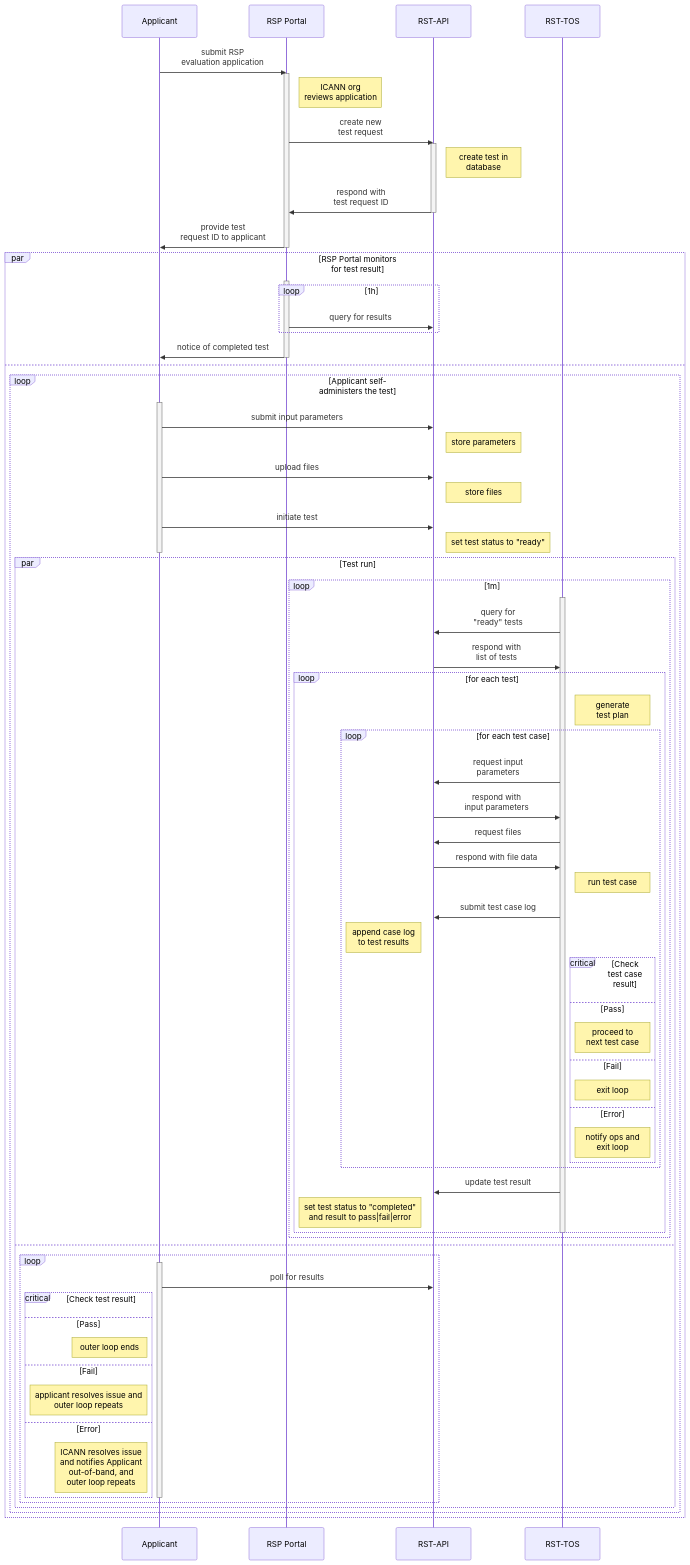
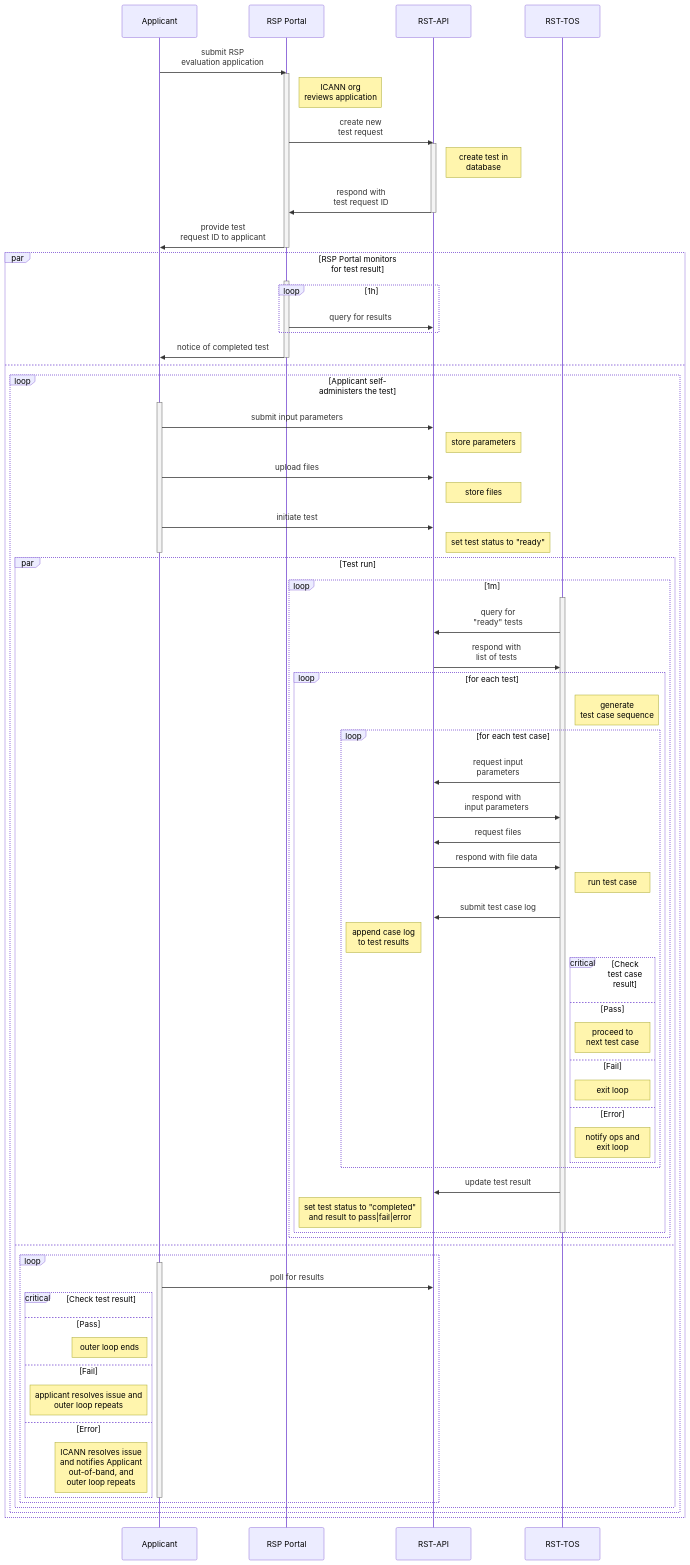
Before and after one commit to icann/rst-api-spec: the diagram in etc/workflow.mmd, drawn with Mermaid. The commit also changed 1 other file, not shown here.

```diff
--- a/etc/workflow.mmd
+++ b/etc/workflow.mmd
@@ -1,84 +1,84 @@
 sequenceDiagram
     Applicant->>RSP Portal: submit RSP<br>evaluation application
 
     Activate RSP Portal
 
     Note right of RSP Portal: ICANN org<br>reviews application
 
     RSP Portal->>RST-API: create new<br>test request
 
     Activate RST-API
     Note right of RST-API: create test in<br>database
     RST-API->>RSP Portal: respond with<br>test request ID
     Deactivate RST-API
 
     RSP Portal->>Applicant: provide test<br>request ID to applicant
 
     Deactivate RSP Portal
 
     par RSP Portal monitors<br>for test result
         Activate RSP Portal
 
         loop 1h
             RSP Portal->>RST-API: query for results
         end
 
         RSP Portal->>Applicant: notice of completed test
 
         Deactivate RSP Portal
     and
         loop Applicant self-<br>administers the test
             Activate Applicant
             Applicant->>RST-API: submit input parameters
             Note right of RST-API: store parameters
             Applicant->>RST-API: upload files
             Note right of RST-API: store files
             Applicant->>RST-API: initiate test
             Note right of RST-API: set test status to "ready"
             Deactivate Applicant
             par Test run
                 loop 1m
                     Activate RST-TOS
                     RST-TOS->>RST-API: query for<br>"ready" tests
                     RST-API->>RST-TOS: respond with<br>list of tests
                     loop for each test
-                        Note right of RST-TOS: generate<br>test plan
+                        Note right of RST-TOS: generate<br>test case sequence
                         loop for each test case
                             RST-TOS->>RST-API: request input<br>parameters
                             RST-API->>RST-TOS: respond with<br>input parameters
                             RST-TOS->>RST-API: request files
                             RST-API->>RST-TOS: respond with file data
                             Note right of RST-TOS: run test case
                             RST-TOS->>RST-API: submit test case log
                             Note left of RST-API: append case log<br>to test results
                             critical Check test case result
                             option Pass
                                 note right of RST-TOS: proceed to<br>next test case
                             option Fail
                                 note right of RST-TOS: exit loop
                             option Error
                                 note right of RST-TOS: notify ops and <br>exit loop
                             end
                         end
                         RST-TOS->>RST-API: update test result
                         Note left of RST-API: set test status to "completed"<br>and result to pass|fail|error
                     end
                     Deactivate RST-TOS
                 end
             and
                 loop
                     Activate Applicant
                     Applicant->>RST-API: poll for results
                     critical Check test result
                     option Pass
                         Note left of Applicant: outer loop ends
                     option Fail
                         note left of Applicant: applicant resolves issue and<br>outer loop repeats
                     option Error
                         Note left of Applicant: ICANN resolves issue<br>and notifies Applicant<br>out-of-band, and<br>outer loop repeats
                     end
                     Deactivate Applicant
                 end
             end
         end
     end
```
